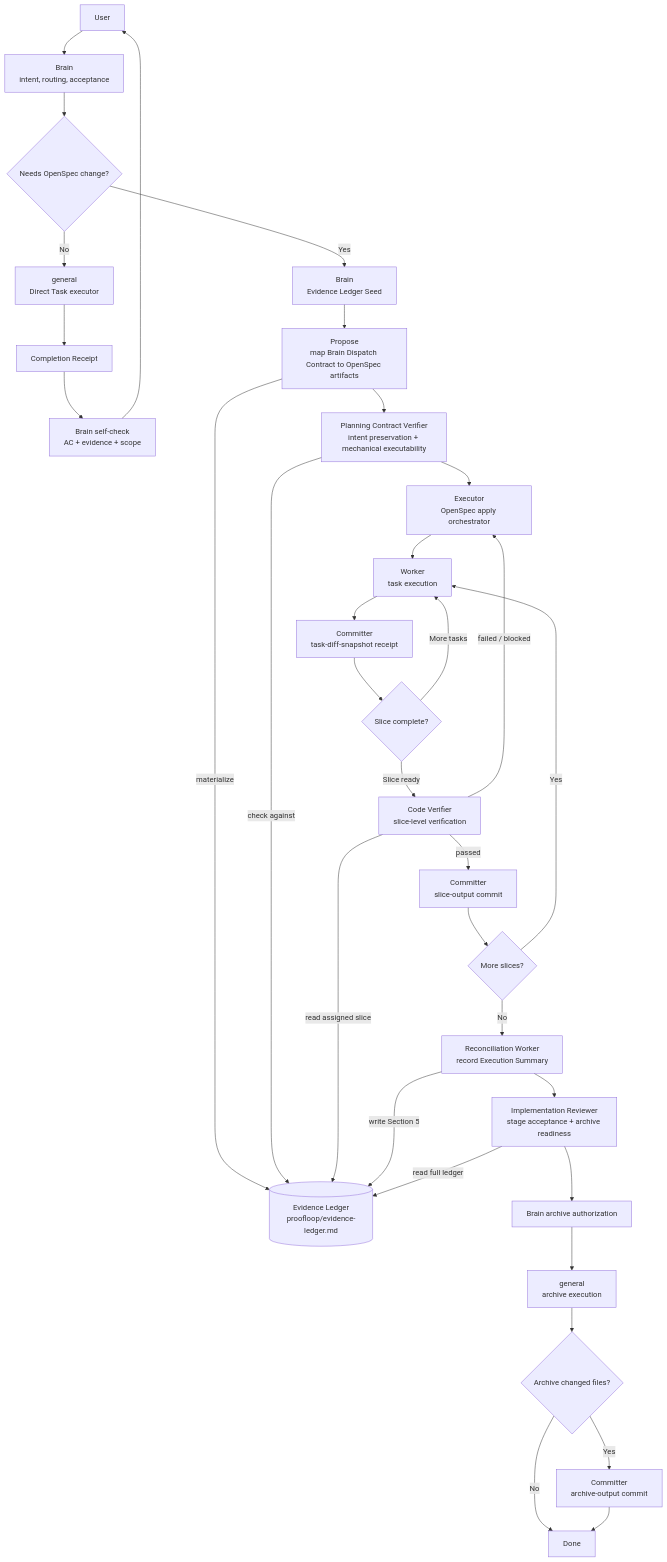
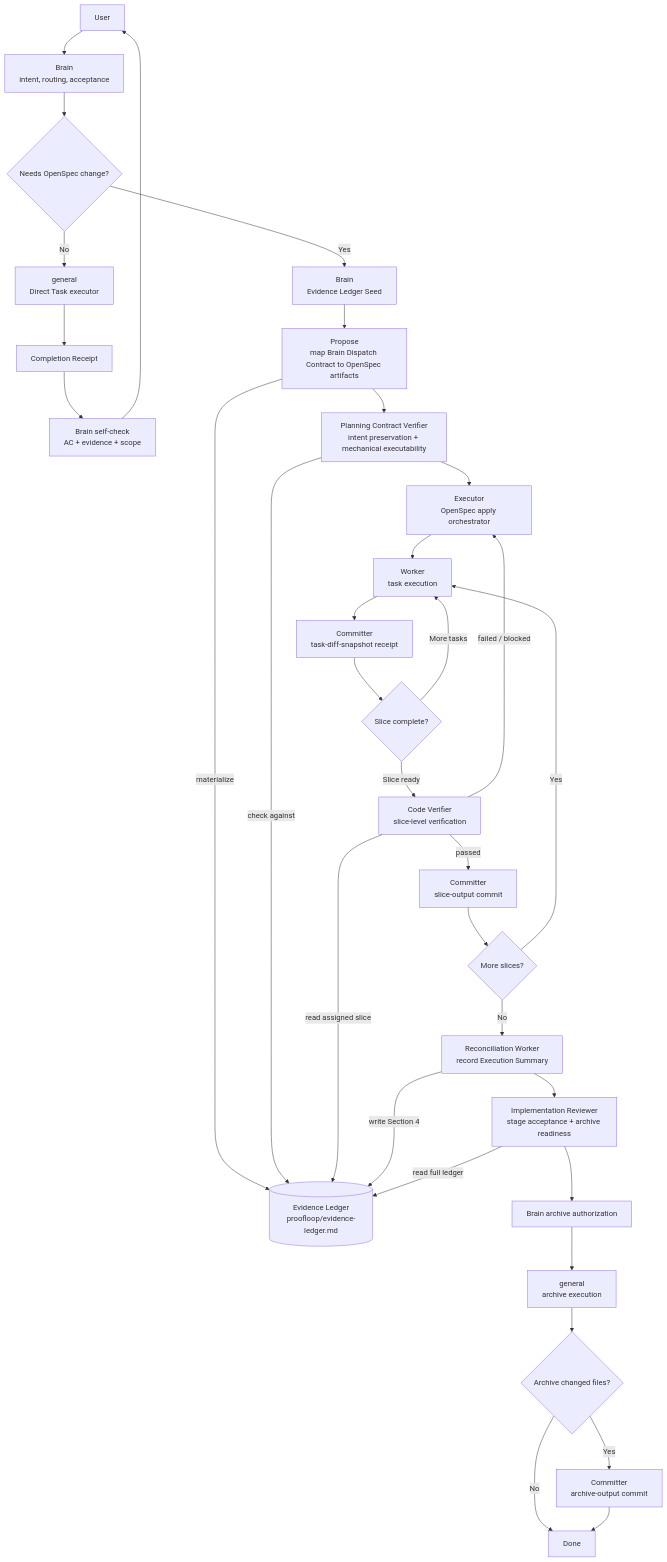
One commit to LZHcode1986/ProofLoop changed the diagram in README.md. Above: the diagram before and after it, drawn with Mermaid. The commit also changed other lines of this file and 13 other files, not shown here.

Commit message:
refactor: refactor evidence ledger structure and worker/code-verifier refutation flow v1.1.2

````diff
--- a/README.md
+++ b/README.md
@@ -28,44 +28,44 @@
 ```mermaid
 flowchart TD
     U[User] --> B[Brain\nintent, routing, acceptance]
 
     B --> D{Needs OpenSpec change?}
 
     D -- No --> G[general\nDirect Task executor]
     G --> GR[Completion Receipt]
     GR --> BS[Brain self-check\nAC + evidence + scope]
     BS --> U
 
     D -- Yes --> BLS[Brain\nEvidence Ledger Seed]
     BLS --> P[Propose\nmap Brain Dispatch Contract to OpenSpec artifacts]
 
     EL[(Evidence Ledger\nproofloop/evidence-ledger.md)]
     P -->|materialize| EL
 
     P --> PCV[Planning Contract Verifier\nintent preservation + mechanical executability]
     PCV -->|check against| EL
     PCV --> X[Executor\nOpenSpec apply orchestrator]
 
     X --> W[Worker\ntask execution]
     W --> TDS[Committer\ntask-diff-snapshot receipt]
     TDS --> SG{Slice complete?}
     SG -- More tasks --> W
     SG -- Slice ready --> CV[Code Verifier\nslice-level verification]
 
     CV -->|read assigned slice| EL
     CV -- failed / blocked --> X
     CV -- passed --> SC[Committer\nslice-output commit]
     SC --> NS{More slices?}
     NS -- Yes --> W
     NS -- No --> R[Reconciliation Worker\nrecord Execution Summary]
-    R -->|write Section 5| EL
+    R -->|write Section 4| EL
     R --> IR[Implementation Reviewer\nstage acceptance + archive readiness]
 
     IR -->|read full ledger| EL
     IR --> BA[Brain archive authorization]
     BA --> AE[general\narchive execution]
     AE --> AO{Archive changed files?}
     AO -- Yes --> AC[Committer\narchive-output commit]
     AO -- No --> DONE[Done]
     AC --> DONE
 ```
````
